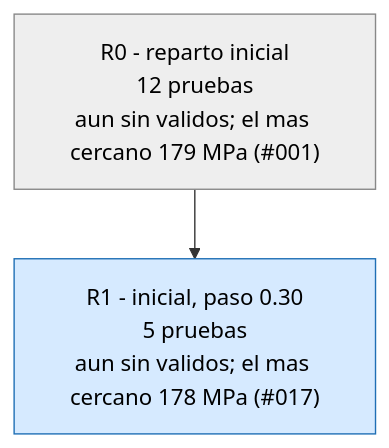
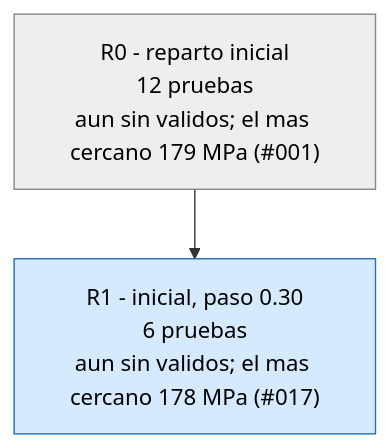
Before and after one commit to Hugiko/msd-soporte-optimizacion: the second of 3 diagrams in runs/opt_37800N/ARBOL.md, drawn with Mermaid. The commit also changed 14 other files, not shown here.

````diff
--- a/runs/opt_37800N/ARBOL.md
+++ b/runs/opt_37800N/ARBOL.md
@@ -21,9 +21,9 @@
 ```mermaid
 graph TD
 classDef activa fill:#d6eaff,stroke:#1f6fb5,color:#000
 classDef fin fill:#eeeeee,stroke:#888,color:#000
 classDef mejor fill:#c8f0c0,stroke:#1a9850,stroke-width:4px,color:#000
 R0["R0 - reparto inicial<br/>12 pruebas<br/>aun sin validos; el mas cercano 179 MPa (#001)"]:::fin
-R1["R1 - inicial, paso 0.30<br/>5 pruebas<br/>aun sin validos; el mas cercano 178 MPa (#017)"]:::activa
+R1["R1 - inicial, paso 0.30<br/>6 pruebas<br/>aun sin validos; el mas cercano 178 MPa (#017)"]:::activa
 R0 --> R1
 ```
````
